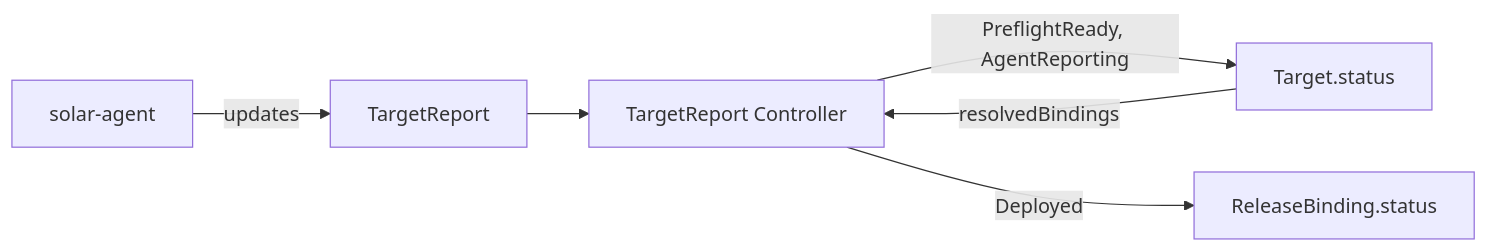
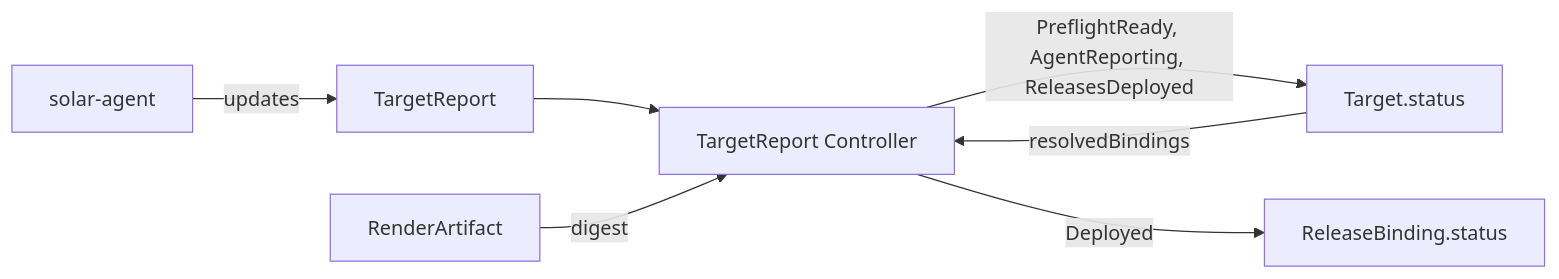
The diagram in docs/developer-guide/targetreport_controller.md (opendefensecloud/solution-arsenal), drawn with Mermaid before and after one commit. The commit also changed other lines of this file and 46 other files, not shown here.

Commit message:
feat: match the live chart by digest and roll up Target health

````diff
--- a/docs/developer-guide/targetreport_controller.md
+++ b/docs/developer-guide/targetreport_controller.md
@@ -15,8 +15,9 @@
 ```mermaid
 flowchart LR
     Agent[solar-agent] -->|updates| Report[TargetReport]
     Report --> Ctrl[TargetReport Controller]
-    Ctrl -->|PreflightReady, AgentReporting| Target[Target.status]
+    Ctrl -->|PreflightReady, AgentReporting, ReleasesDeployed| Target[Target.status]
     Target -->|resolvedBindings| Ctrl
+    RA[RenderArtifact] -->|digest| Ctrl
     Ctrl -->|Deployed| RB[ReleaseBinding.status]
 ```
````
